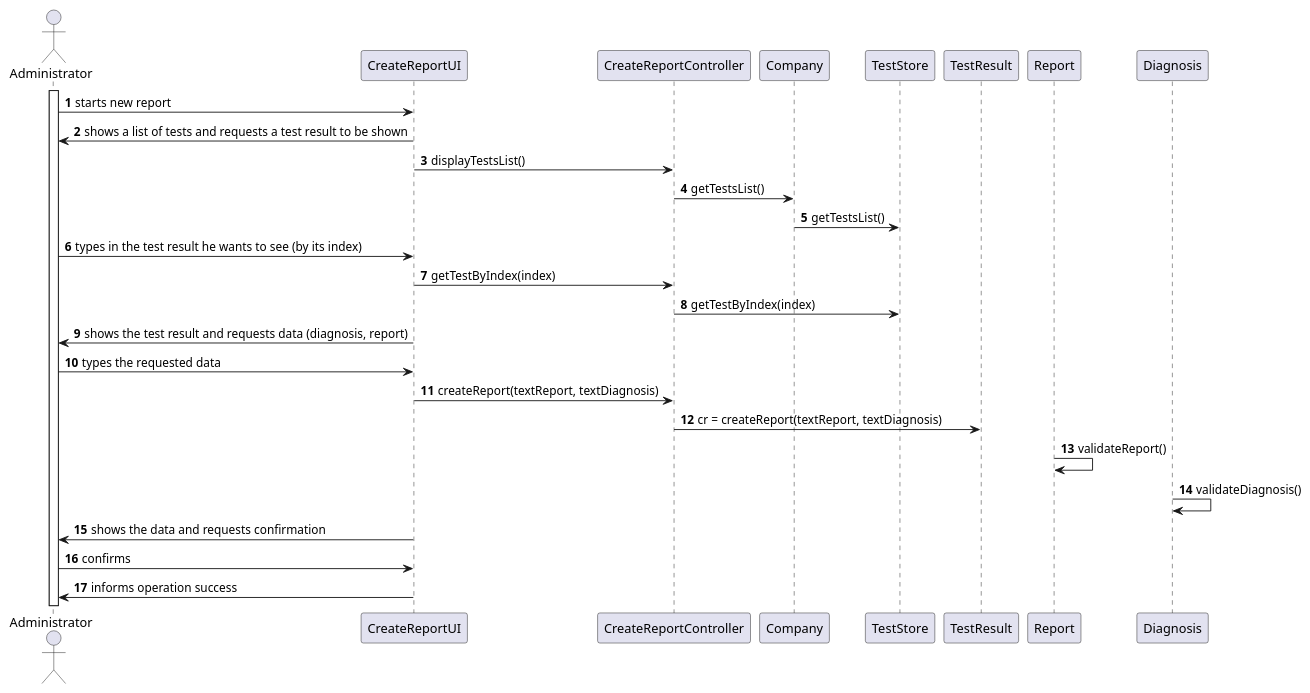
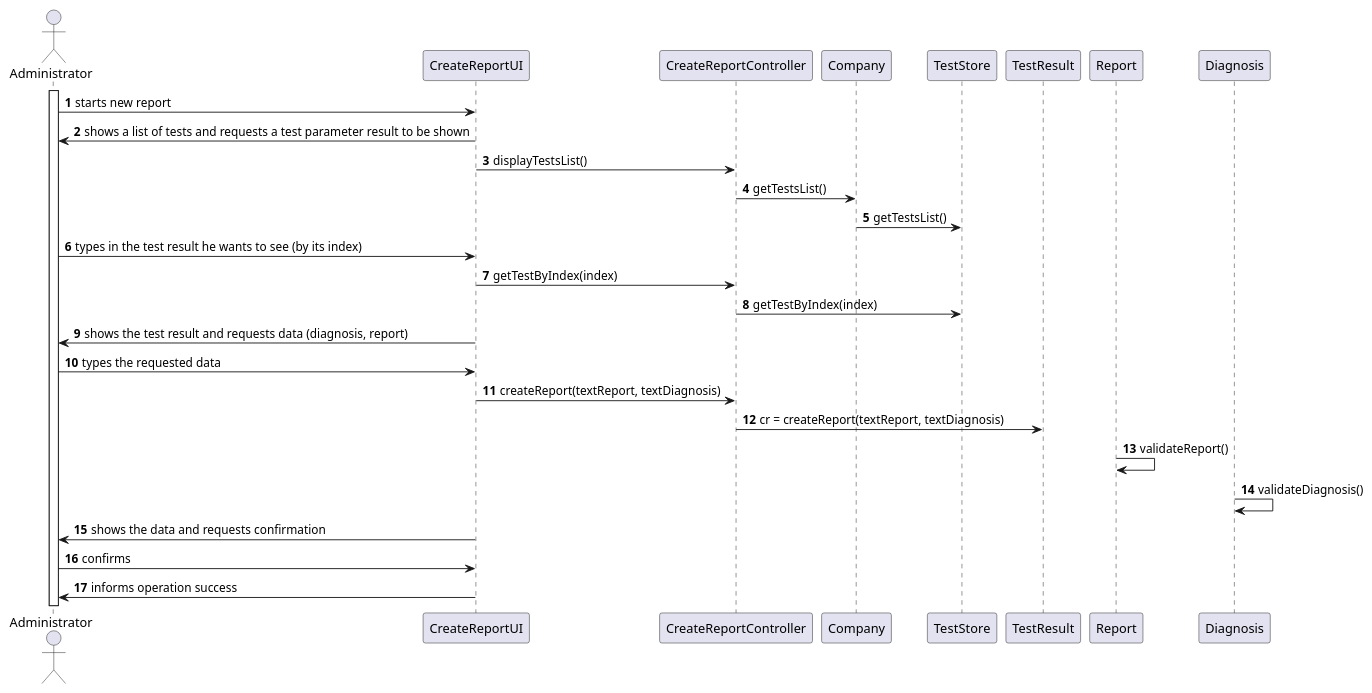
Before and after one commit to MadDinosaur/ISEP-LAPR2: the diagram in docs/SprintC/US14/US14_SD.puml, drawn with PlantUML. The commit also changed 3 other files, not shown here.

```diff
--- a/docs/SprintC/US14/US14_SD.puml
+++ b/docs/SprintC/US14/US14_SD.puml
@@ -1,38 +1,38 @@
 @startuml
 
 autonumber
 
 actor Administrator as admin
 participant CreateReportUI as crUI
 participant CreateReportController as crC
 participant Company as com
 participant TestStore as ts
 participant TestResult as tr
 participant Report as rep
 participant Diagnosis as dg
 
 
 activate admin
 
 admin -> crUI: starts new report
-crUI -> admin: shows a list of tests and requests a test result to be shown
+crUI -> admin: shows a list of tests and requests a test parameter result to be shown
 crUI -> crC: displayTestsList()
 crC -> com: getTestsList()
 com -> ts: getTestsList()
 
 admin -> crUI: types in the test result he wants to see (by its index)
 crUI -> crC: getTestByIndex(index)
 crC -> ts: getTestByIndex(index)
 crUI -> admin: shows the test result and requests data (diagnosis, report)
 admin -> crUI: types the requested data
 crUI -> crC: createReport(textReport, textDiagnosis)
 crC -> tr: cr = createReport(textReport, textDiagnosis)
 rep -> rep: validateReport()
 dg -> dg: validateDiagnosis()
 
 
 crUI -> admin: shows the data and requests confirmation
 admin -> crUI: confirms
 crUI -> admin: informs operation success
 
 @enduml
```
